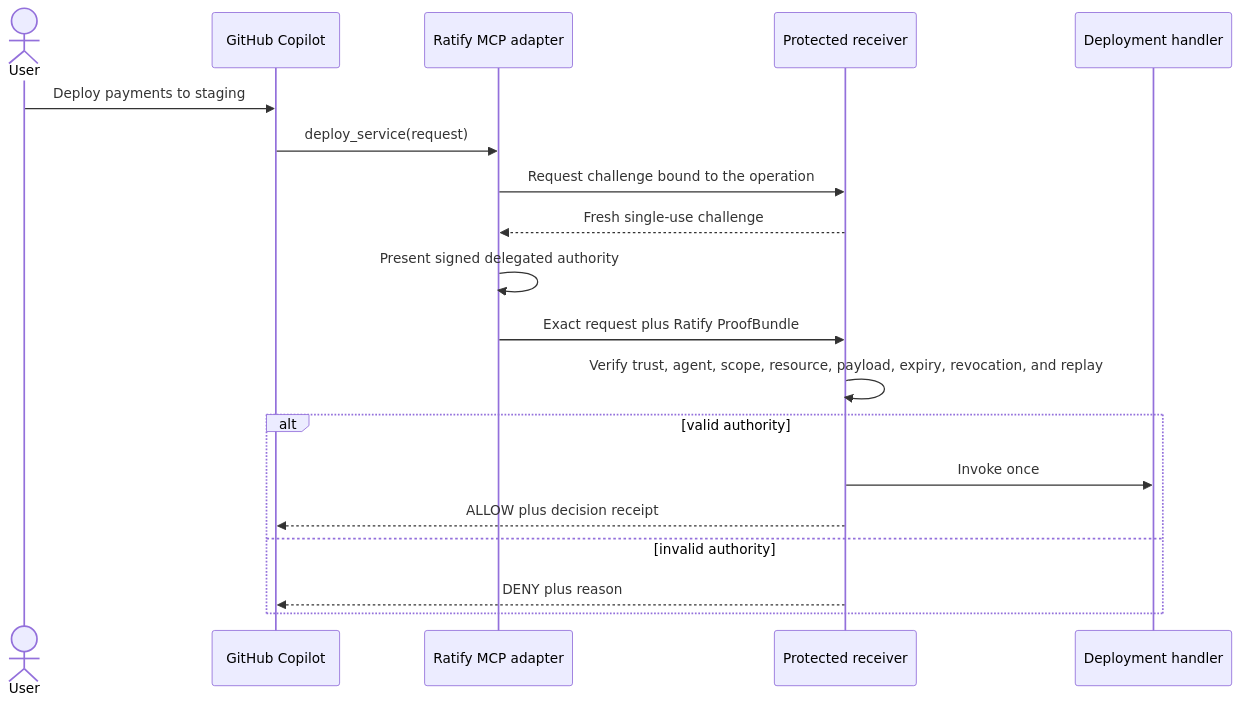
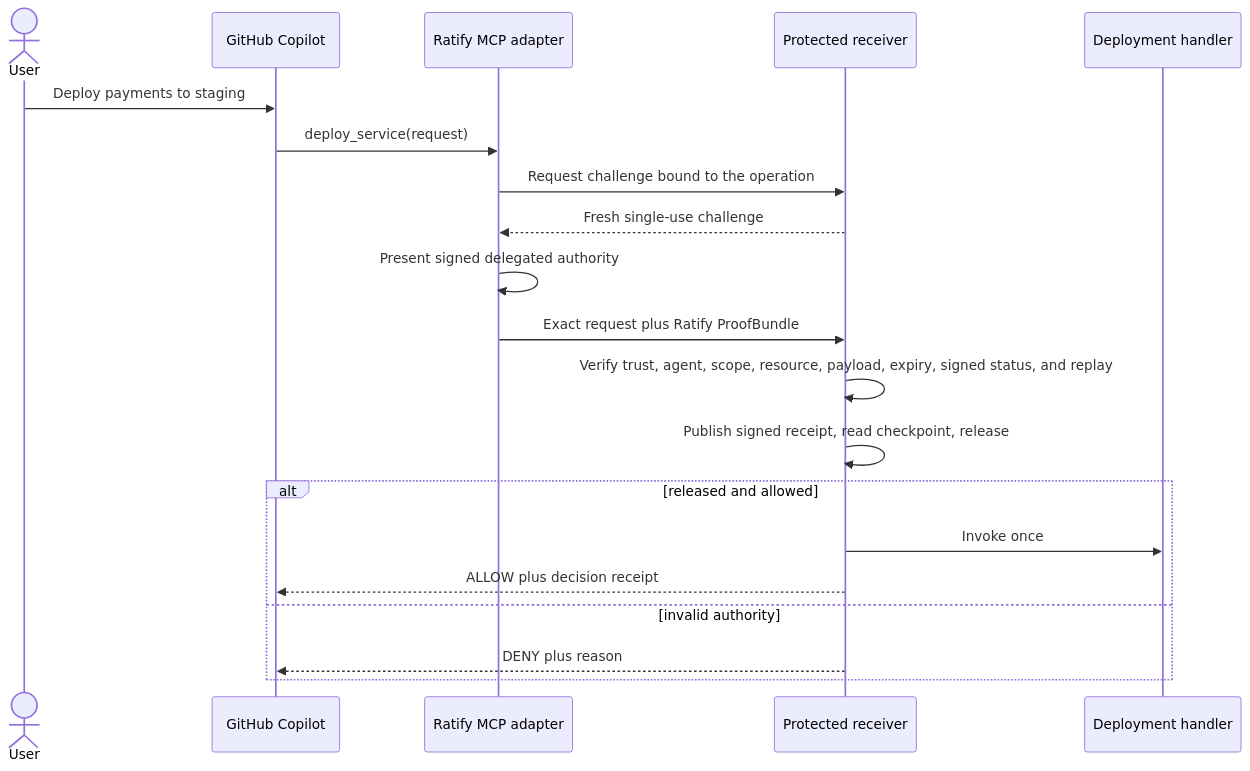
Before and after one commit to identities-ai/ratify-protocol: the third of 4 diagrams in references/github-copilot/README.md, drawn with Mermaid. The commit also changed other lines of this file and 876 other files, not shown here.

````diff
--- a/references/github-copilot/README.md
+++ b/references/github-copilot/README.md
@@ -113,22 +122,23 @@
 ```mermaid
 sequenceDiagram
     actor User
     participant Copilot as GitHub Copilot
     participant Adapter as Ratify MCP adapter
     participant Receiver as Protected receiver
     participant Handler as Deployment handler
 
     User->>Copilot: Deploy payments to staging
     Copilot->>Adapter: deploy_service(request)
     Adapter->>Receiver: Request challenge bound to the operation
     Receiver-->>Adapter: Fresh single-use challenge
     Adapter->>Adapter: Present signed delegated authority
     Adapter->>Receiver: Exact request plus Ratify ProofBundle
-    Receiver->>Receiver: Verify trust, agent, scope, resource, payload, expiry, revocation, and replay
-    alt valid authority
+    Receiver->>Receiver: Verify trust, agent, scope, resource, payload, expiry, signed status, and replay
+    Receiver->>Receiver: Publish signed receipt, read checkpoint, release
+    alt released and allowed
         Receiver->>Handler: Invoke once
         Receiver-->>Copilot: ALLOW plus decision receipt
     else invalid authority
         Receiver-->>Copilot: DENY plus reason
     end
 ```
````
